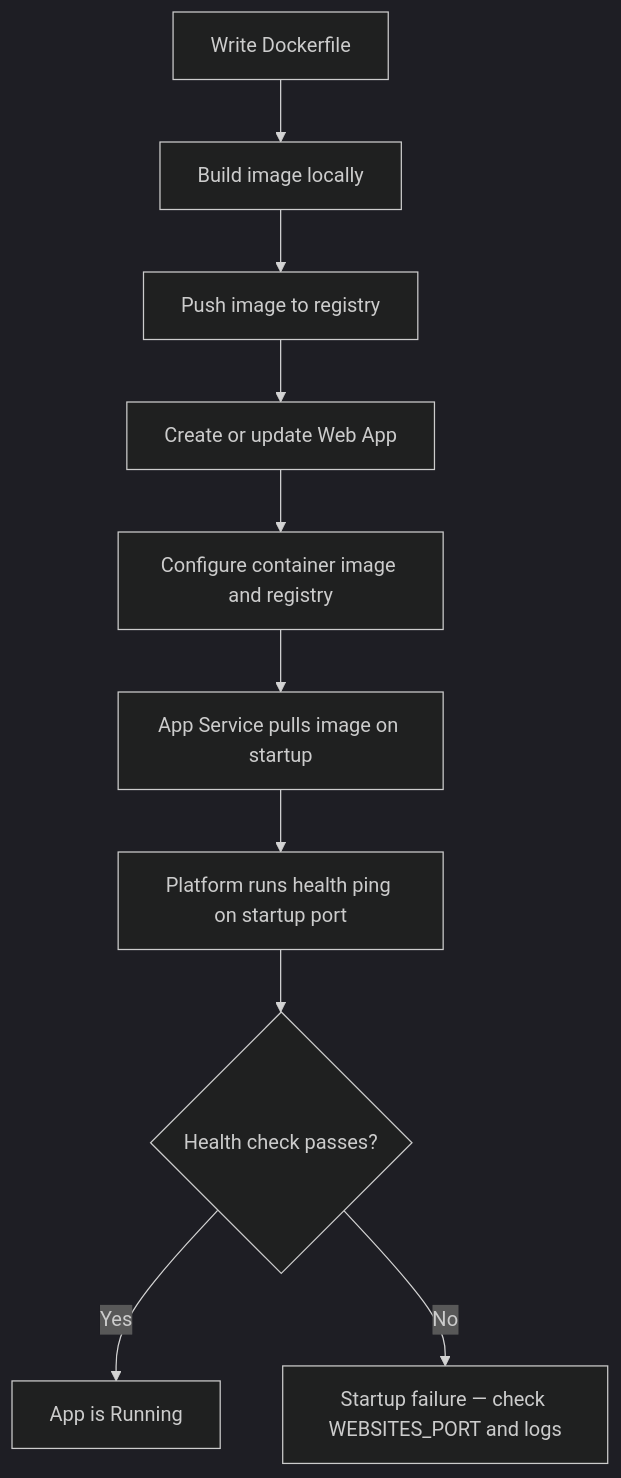
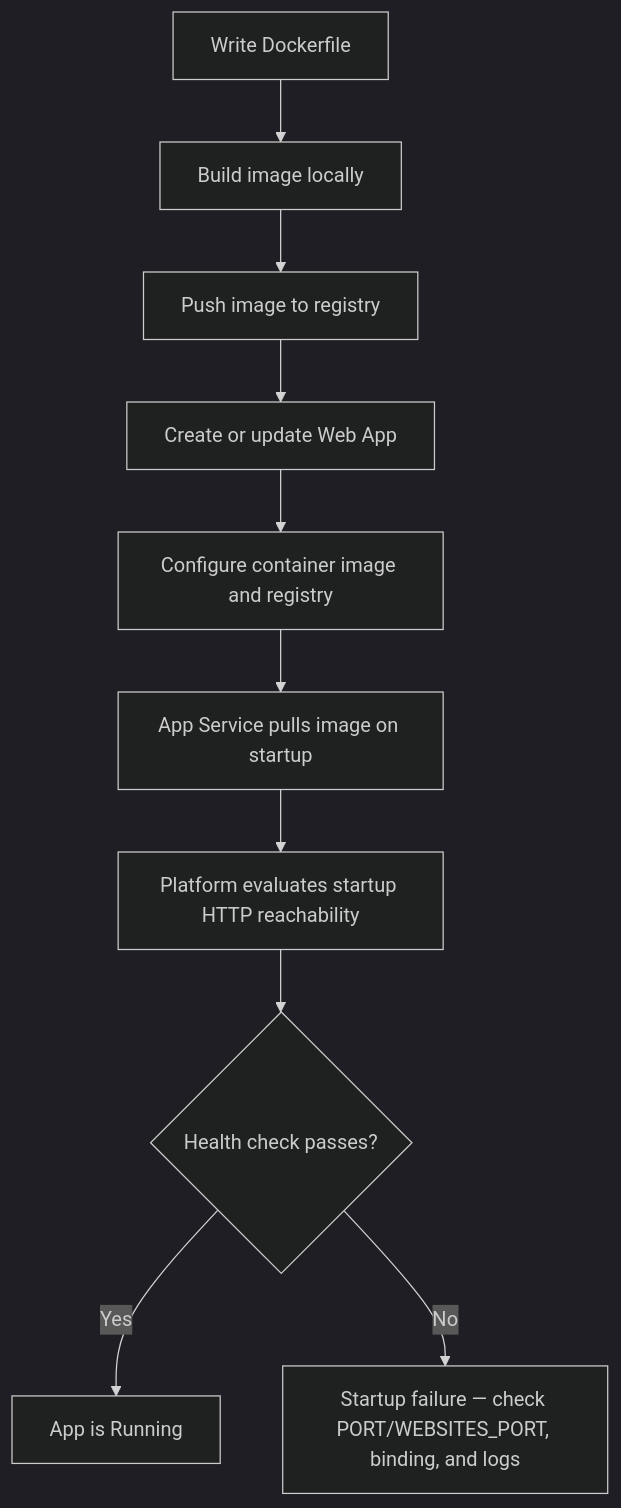
Before and after one commit to yeongseon/azure-app-service-practical-guide: the first of 3 diagrams in docs/platform/containers/index.md, drawn with Mermaid (dark theme). The commit also changed other lines of this file and 249 other files, not shown here.

````diff
--- a/docs/platform/containers/index.md
+++ b/docs/platform/containers/index.md
@@ -83,12 +83,12 @@
 ```mermaid
 flowchart TD
     A[Write Dockerfile] --> B[Build image locally]
     B --> C[Push image to registry]
     C --> D[Create or update Web App]
     D --> E[Configure container image and registry]
     E --> F[App Service pulls image on startup]
-    F --> G[Platform runs health ping on startup port]
+    F --> G[Platform evaluates startup HTTP reachability]
     G --> H{Health check passes?}
     H -->|Yes| I[App is Running]
-    H -->|No| J[Startup failure — check WEBSITES_PORT and logs]
+    H -->|No| J[Startup failure — check PORT/WEBSITES_PORT, binding, and logs]
 ```
````
